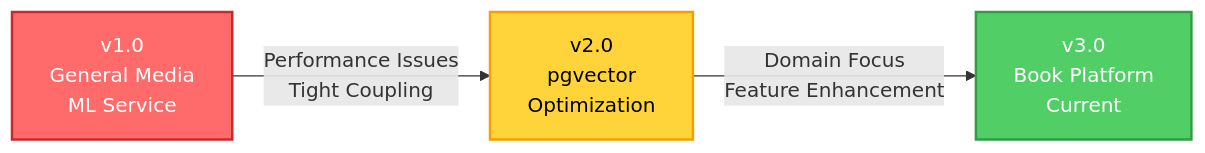
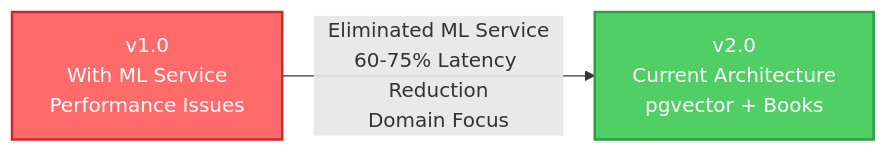
Before and after one commit to Luca5Eckert/VellumHub: the third of 5 diagrams in README.md, drawn with Mermaid. The commit also changed other lines of this file, not shown here.

Commit message:
docs: simplify architecture evolution to two versions

````diff
--- a/README.md
+++ b/README.md
@@ -171,13 +171,10 @@
 ```mermaid
 graph LR
-    V1[v1.0<br/>General Media<br/>ML Service]
-    V2[v2.0<br/>pgvector<br/>Optimization]
-    V3[v3.0<br/>Book Platform<br/>Current]
+    V1[v1.0<br/>With ML Service<br/>Performance Issues]
+    V2[v2.0<br/>Current Architecture<br/>pgvector + Books]
     
-    V1 -->|Performance Issues<br/>Tight Coupling| V2
-    V2 -->|Domain Focus<br/>Feature Enhancement| V3
+    V1 -->|Eliminated ML Service<br/>60-75% Latency Reduction<br/>Domain Focus| V2
     
     style V1 fill:#ff6b6b,stroke:#c92a2a,stroke-width:2px,color:#fff
-    style V2 fill:#ffd43b,stroke:#f59f00,stroke-width:2px,color:#000
-    style V3 fill:#51cf66,stroke:#2f9e44,stroke-width:2px,color:#fff
+    style V2 fill:#51cf66,stroke:#2f9e44,stroke-width:2px,color:#fff
 ```
````
